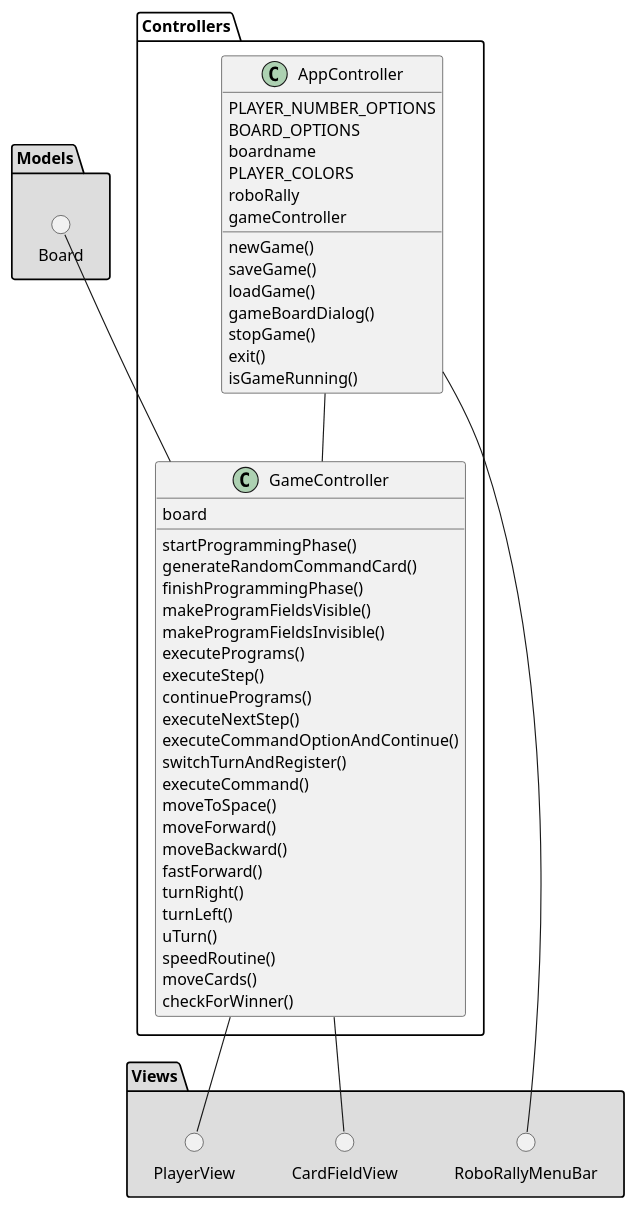
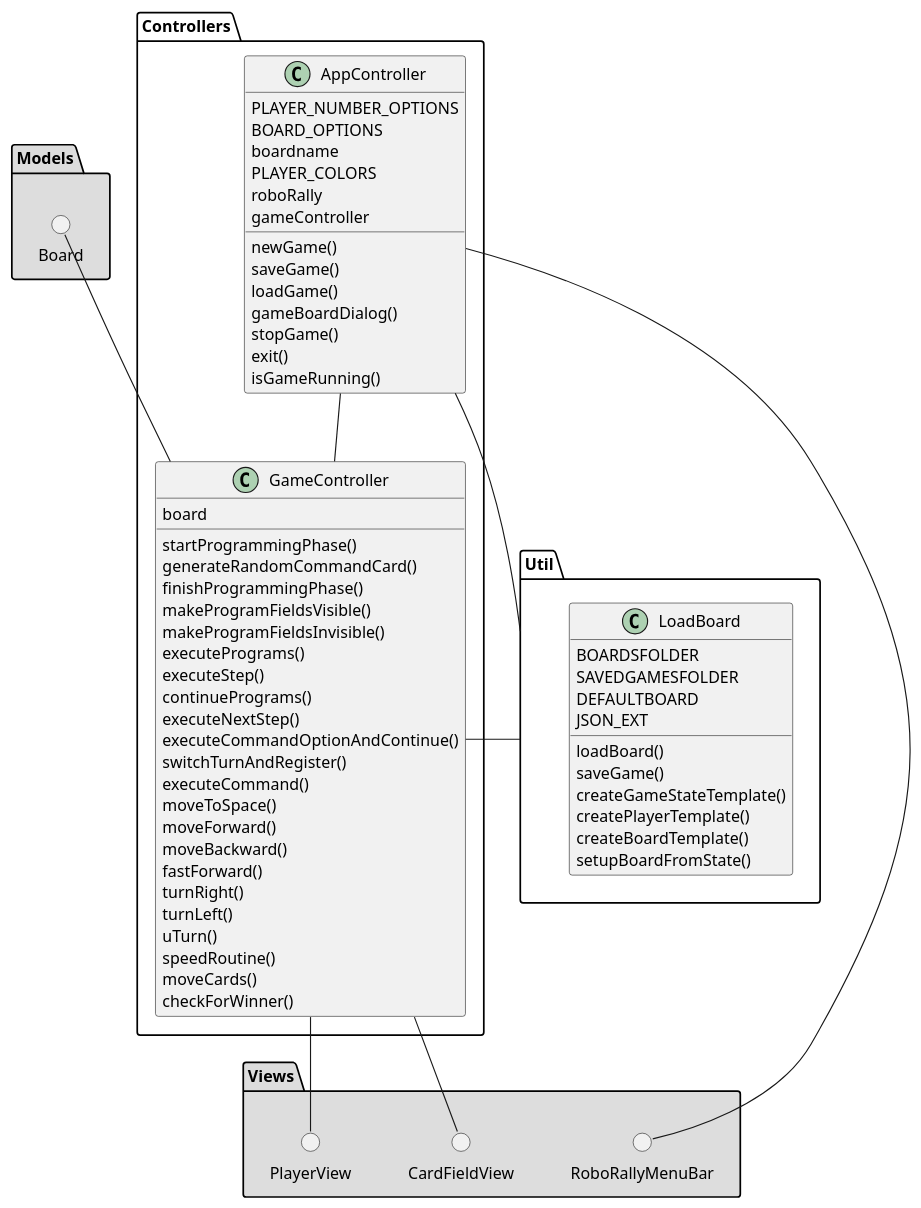
Before and after one commit to MarkBidstrup/RoboRally: the diagram in PlantUML/ControllerClassDiagram.puml, drawn with PlantUML.

Commit message:
Added Util package and LoadBoard method

```diff
--- a/PlantUML/ControllerClassDiagram.puml
+++ b/PlantUML/ControllerClassDiagram.puml
@@ -1,79 +1,96 @@
 @startuml
 'https://plantuml.com/class-diagram
 
 package Controllers {
 
     class AppController{
         PLAYER_NUMBER_OPTIONS
         BOARD_OPTIONS
         boardname
         PLAYER_COLORS
         roboRally
         gameController
 
         newGame()
         saveGame()
         loadGame()
         gameBoardDialog()
         stopGame()
         exit()
         isGameRunning()
     }
 
     class GameController {
         board
 
         startProgrammingPhase()
         generateRandomCommandCard()
         finishProgrammingPhase()
         makeProgramFieldsVisible()
         makeProgramFieldsInvisible()
         executePrograms()
         executeStep()
         continuePrograms()
         executeNextStep()
         executeCommandOptionAndContinue()
         switchTurnAndRegister()
         executeCommand()
         moveToSpace()
         moveForward()
         moveBackward()
         fastForward()
         turnRight()
         turnLeft()
         uTurn()
         speedRoutine()
         moveCards()
         checkForWinner()
     }
-
 }
 
 package "Models" #DDDDDD {
 
     () Board
 
 }
 
 package "Views" #DDDDDD {
 
     () CardFieldView
     () PlayerView
     () RoboRallyMenuBar
 
 }
 
+package "Util" {
+    class LoadBoard {
+        BOARDSFOLDER
+        SAVEDGAMESFOLDER
+        DEFAULTBOARD
+        JSON_EXT
+
+        loadBoard()
+        saveGame()
+        createGameStateTemplate()
+        createPlayerTemplate()
+        createBoardTemplate()
+        setupBoardFromState()
+    }
+}
 'Controllers
 AppController -- GameController
 
 'Views
 GameController -- CardFieldView
 GameController -- PlayerView
 AppController -- RoboRallyMenuBar
 
 'Models
 Board -- GameController
 
+'Util
+GameController - Util
+AppController - Util
 
 
 @enduml
```
